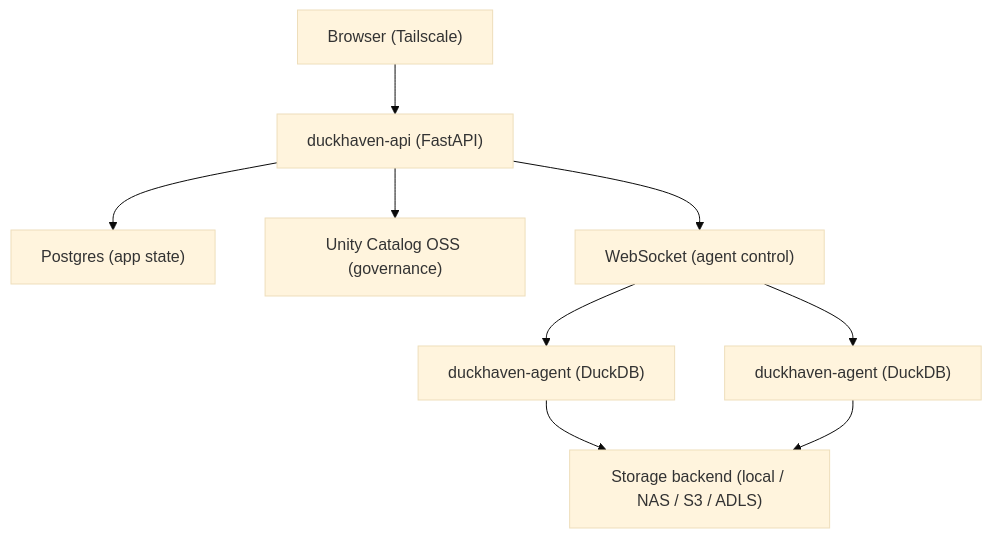
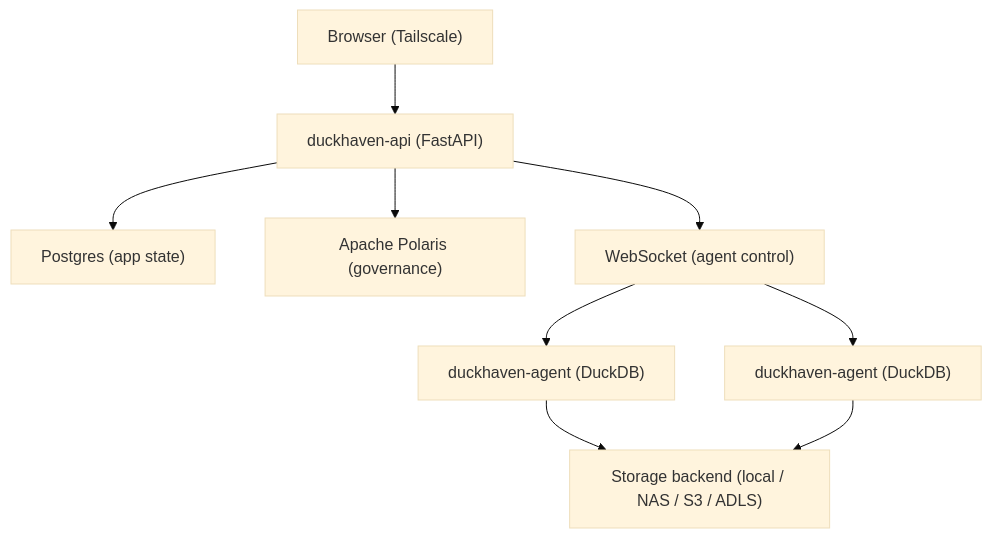
The diagram in README.md (tamasmrtn/duckhaven), drawn with Mermaid (base theme) before and after one commit. The commit also changed other lines of this file and 22 other files, not shown here.

First line of the commit message:
Remove Unity Catalog and Delta, update docs and tests

````diff
--- a/README.md
+++ b/README.md
@@ -63,11 +63,11 @@
 ```mermaid
 flowchart TB
     Browser["Browser (Tailscale)"] --> API["duckhaven-api (FastAPI)"]
     API --> Postgres["Postgres (app state)"]
-    API --> UC["Unity Catalog OSS (governance)"]
+    API --> UC["Apache Polaris (governance)"]
     API --> WS["WebSocket (agent control)"]
     WS --> Agent1["duckhaven-agent (DuckDB)"]
     WS --> Agent2["duckhaven-agent (DuckDB)"]
     Agent1 --> Storage["Storage backend (local / NAS / S3 / ADLS)"]
     Agent2 --> Storage
 ```
````
